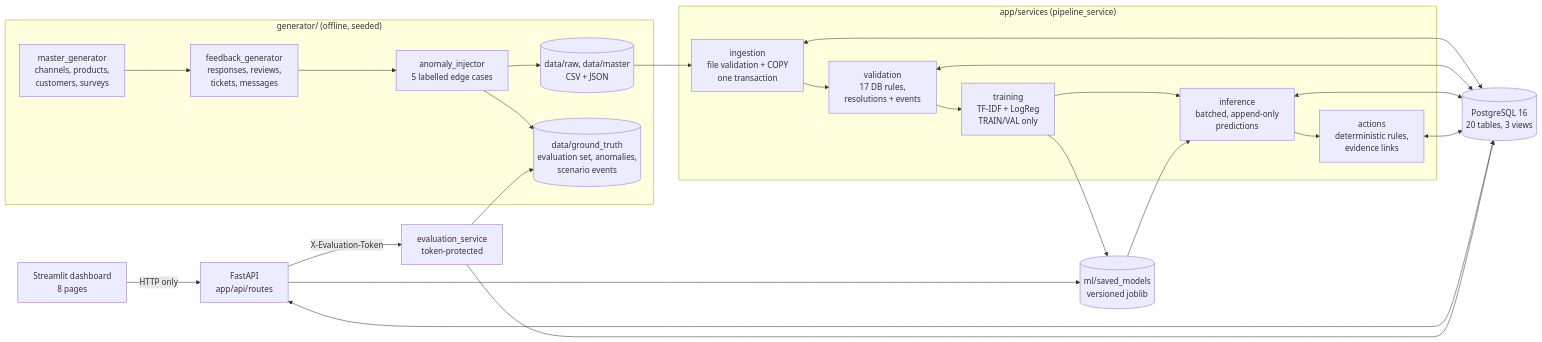
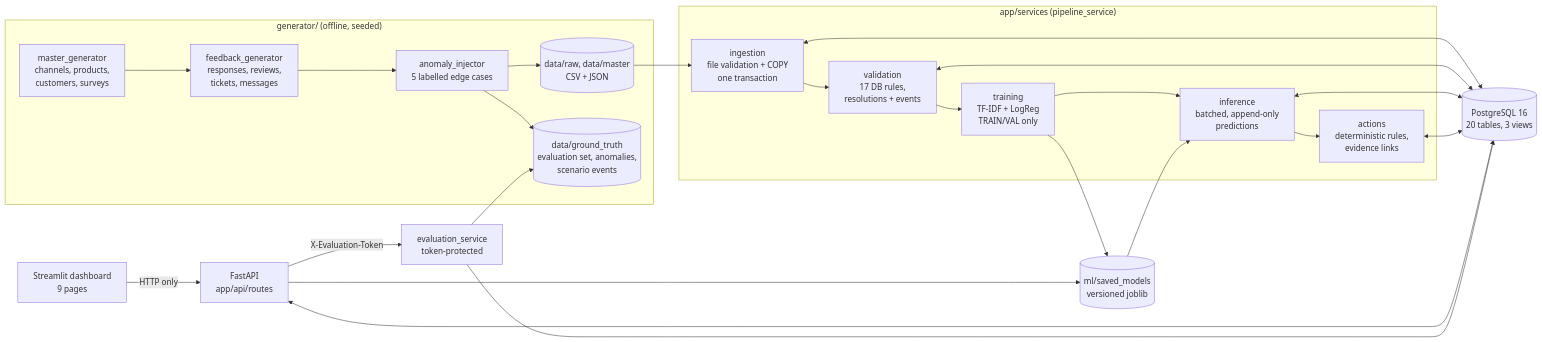
One commit to ChinmayeePrasad327/InsightPulse changed the diagram in docs/architecture.md. Above: the diagram before and after it, drawn with Mermaid. The commit also changed 15 other files, not shown here.

````diff
--- a/docs/architecture.md
+++ b/docs/architecture.md
@@ -7,29 +7,29 @@
 ```mermaid
 flowchart LR
     subgraph Generation["generator/ (offline, seeded)"]
         G1[master_generator<br/>channels, products,<br/>customers, surveys] --> G2[feedback_generator<br/>responses, reviews,<br/>tickets, messages]
         G2 --> G3[anomaly_injector<br/>5 labelled edge cases]
         G3 --> F[(data/raw, data/master<br/>CSV + JSON)]
         G3 --> GT[(data/ground_truth<br/>evaluation set, anomalies,<br/>scenario events)]
     end
 
     subgraph Pipeline["app/services (pipeline_service)"]
         I[ingestion<br/>file validation + COPY<br/>one transaction] --> V[validation<br/>17 DB rules,<br/>resolutions + events]
         V --> T[training<br/>TF-IDF + LogReg<br/>TRAIN/VAL only]
         T --> P[inference<br/>batched, append-only<br/>predictions]
         P --> A[actions<br/>deterministic rules,<br/>evidence links]
     end
 
     F --> I
     DB[(PostgreSQL 16<br/>20 tables, 3 views)]
     I & V & P & A <--> DB
     T --> M[(ml/saved_models<br/>versioned joblib)]
     M --> P
 
     API[FastAPI<br/>app/api/routes] <--> DB
     API --> M
     EV[evaluation_service<br/>token-protected] --> GT
     EV --> DB
     API -- X-Evaluation-Token --> EV
-    UI[Streamlit dashboard<br/>8 pages] -- HTTP only --> API
+    UI[Streamlit dashboard<br/>9 pages] -- HTTP only --> API
 ```
````
